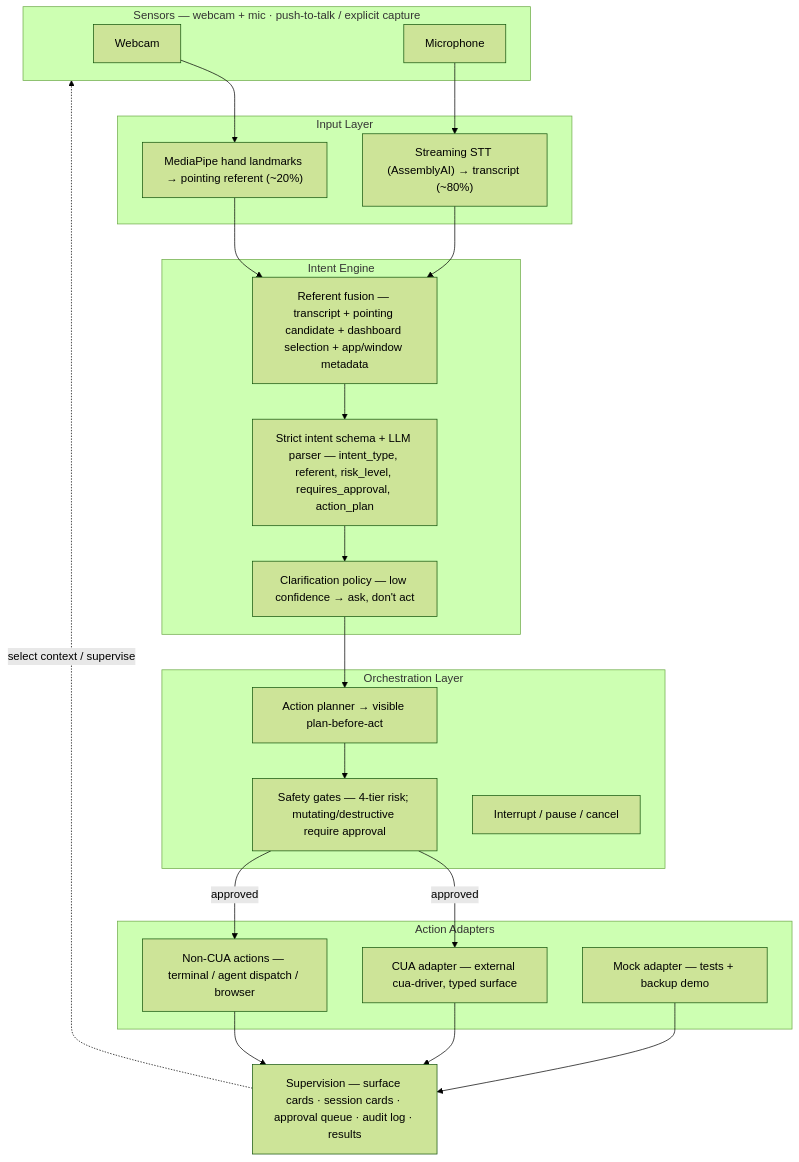
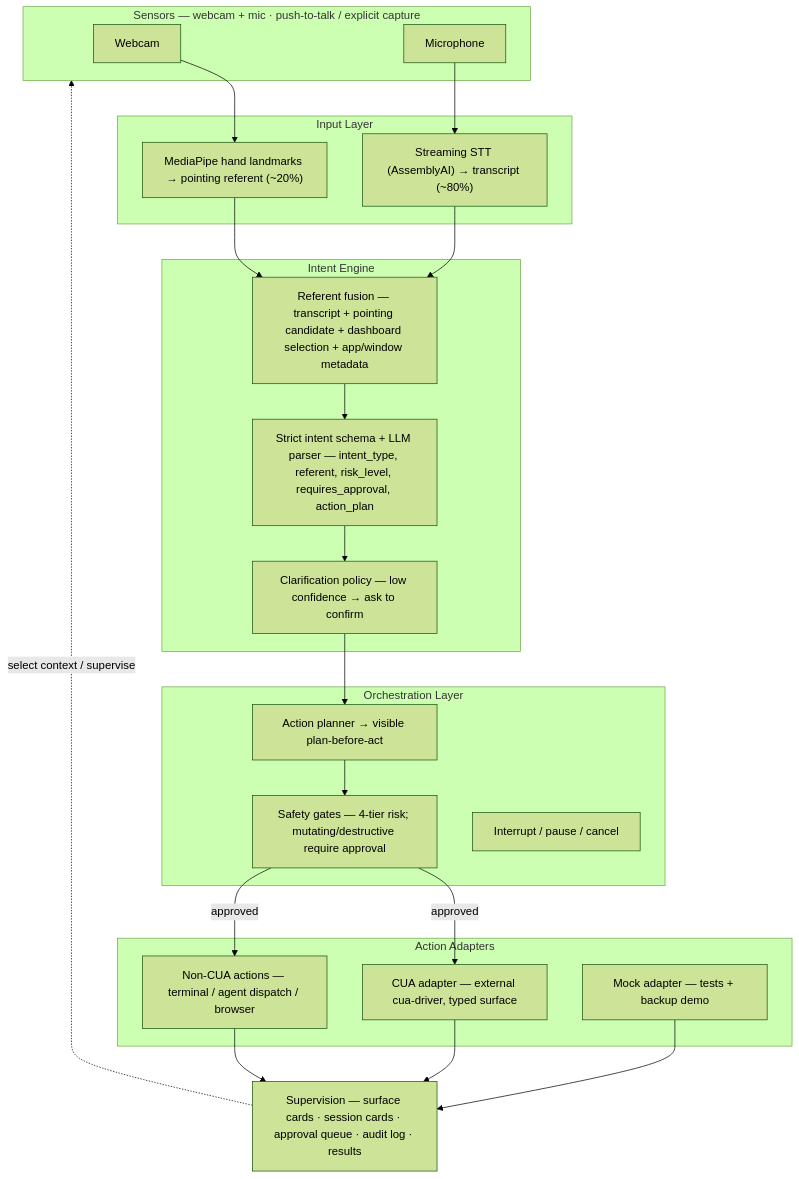
One commit to HandsOff-C5/HandsOff changed the diagram in FINAL_PLANNING.md. Above: the diagram before and after it, drawn with Mermaid (forest theme). The commit also changed other lines of this file, not shown here.

````diff
--- a/FINAL_PLANNING.md
+++ b/FINAL_PLANNING.md
@@ -58,44 +58,44 @@
 ```mermaid
 flowchart TB
   subgraph Sensors["Sensors — webcam + mic · push-to-talk / explicit capture"]
     Cam["Webcam"]
     Mic["Microphone"]
   end
 
   subgraph Input["Input Layer"]
     Hand["MediaPipe hand landmarks → pointing referent (~20%)"]
     STT["Streaming STT (AssemblyAI) → transcript (~80%)"]
   end
 
   subgraph Intent["Intent Engine"]
     Fuse["Referent fusion — transcript + pointing candidate + dashboard selection + app/window metadata"]
     Schema["Strict intent schema + LLM parser — intent_type, referent, risk_level, requires_approval, action_plan"]
-    Clar["Clarification policy — low confidence → ask, don't act"]
+    Clar["Clarification policy — low confidence → ask to confirm"]
   end
 
   subgraph Orch["Orchestration Layer"]
     Plan["Action planner → visible plan-before-act"]
     Gate["Safety gates — 4-tier risk; mutating/destructive require approval"]
     Int["Interrupt / pause / cancel"]
   end
 
   subgraph Act["Action Adapters"]
     CUA["CUA adapter — external cua-driver, typed surface"]
     Other["Non-CUA actions — terminal / agent dispatch / browser"]
     Mock["Mock adapter — tests + backup demo"]
   end
 
   Super["Supervision — surface cards · session cards · approval queue · audit log · results"]
 
   Cam --> Hand
   Mic --> STT
   Hand --> Fuse
   STT --> Fuse
   Fuse --> Schema --> Clar --> Plan --> Gate
   Gate -->|approved| CUA
   Gate -->|approved| Other
   CUA --> Super
   Other --> Super
   Mock --> Super
   Super -. "select context / supervise" .-> Sensors
 ```
````
